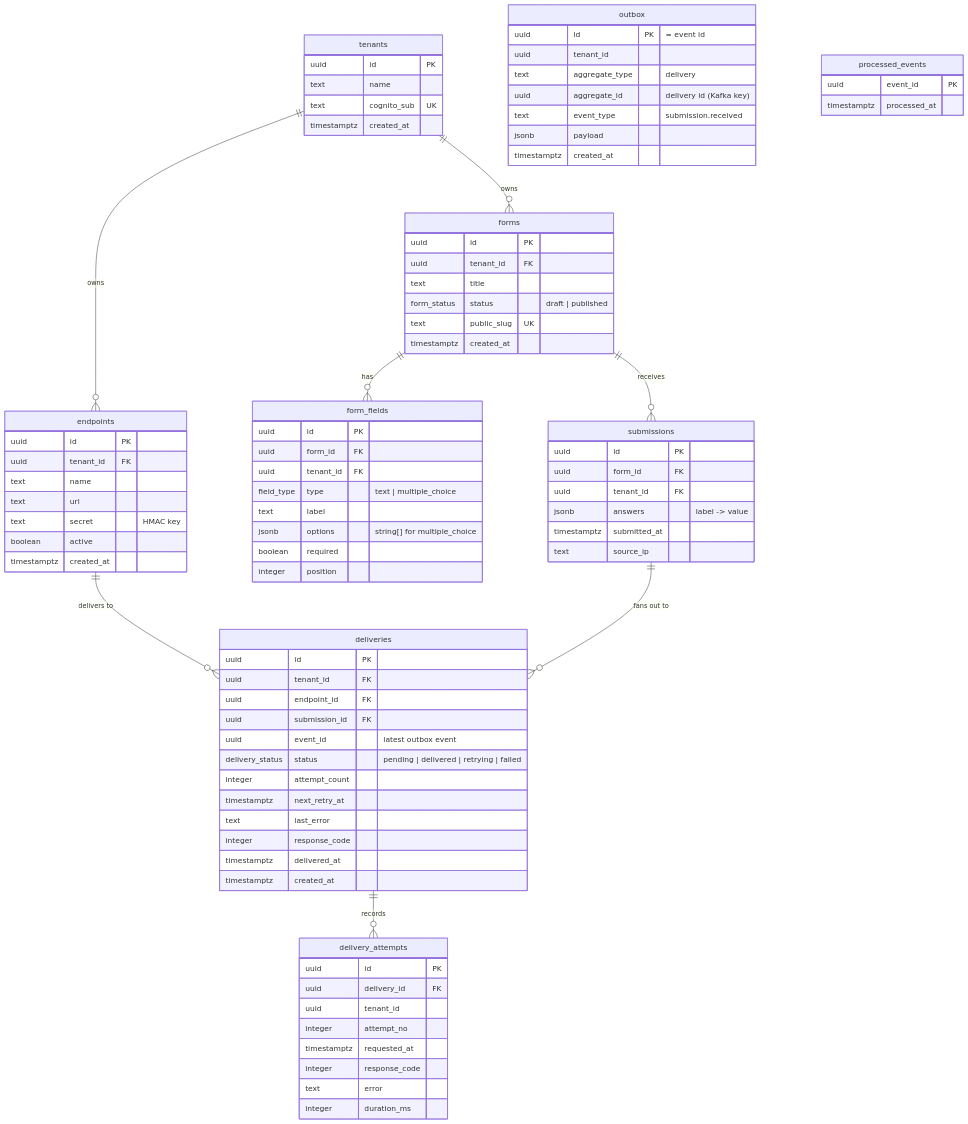
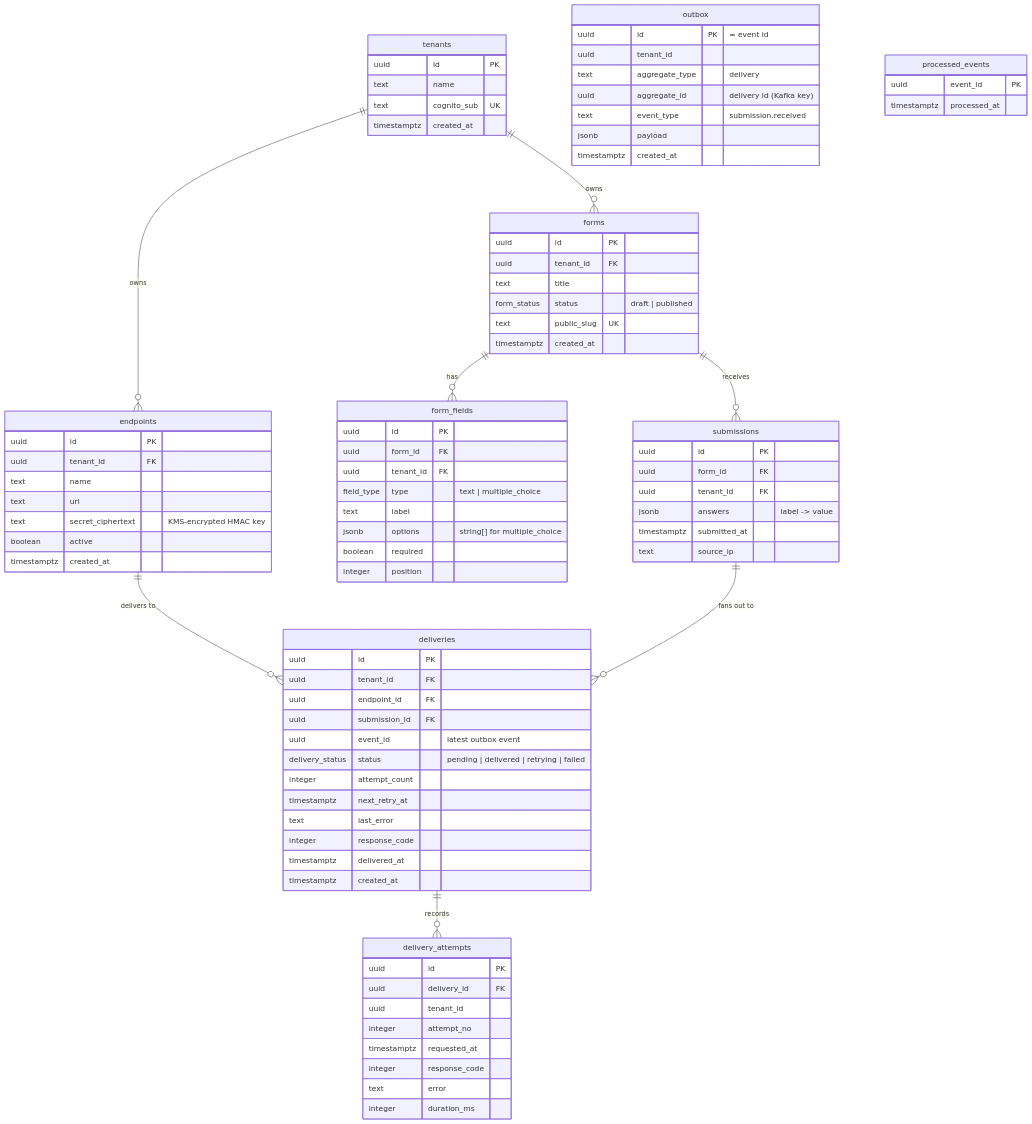
One commit to murugu-21/eventform changed the diagram in docs/superpowers/specs/2026-06-11-eventform-design.md. Above: the diagram before and after it, drawn with Mermaid. The commit also changed other lines of this file and 1 other file, not shown here.

First line of the commit message:
docs: encrypt endpoint HMAC secrets via LocalStack KMS

```diff
--- a/docs/superpowers/specs/2026-06-11-eventform-design.md
+++ b/docs/superpowers/specs/2026-06-11-eventform-design.md
@@ -114,7 +116,7 @@
         uuid tenant_id FK
         text name
         text url
-        text secret "HMAC key"
+        text secret_ciphertext "KMS-encrypted HMAC key"
         boolean active
         timestamptz created_at
     }
```
